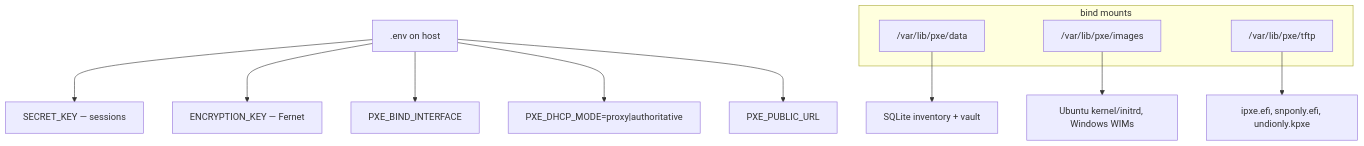
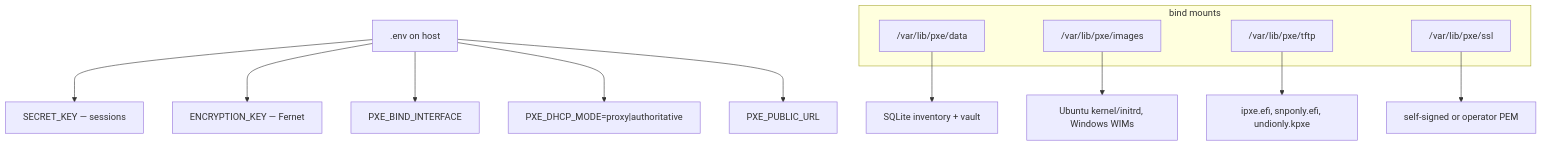
One commit to hometinker12/home-lab-pxe changed the third of 24 diagrams in ARCHITECTURE.md. Above: the diagram before and after it, drawn with Mermaid. The commit also changed other lines of this file and 47 other files, not shown here.

````diff
--- a/ARCHITECTURE.md
+++ b/ARCHITECTURE.md
@@ -69,19 +76,21 @@
 ```mermaid
 flowchart TB
   ENV[".env on host"]
   ENV --> SK["SECRET_KEY — sessions"]
   ENV --> EK["ENCRYPTION_KEY — Fernet"]
   ENV --> IF["PXE_BIND_INTERFACE"]
   ENV --> MODE["PXE_DHCP_MODE=proxy|authoritative"]
   ENV --> URL["PXE_PUBLIC_URL"]
 
   subgraph mounts["bind mounts"]
     V1["/var/lib/pxe/data"]
     V2["/var/lib/pxe/images"]
     V3["/var/lib/pxe/tftp"]
+    V4["/var/lib/pxe/ssl"]
   end
 
   V1 --> DB["SQLite inventory + vault"]
   V2 --> PAY["Ubuntu kernel/initrd, Windows WIMs"]
   V3 --> BIN["ipxe.efi, snponly.efi, undionly.kpxe"]
+  V4 --> TLS["self-signed or operator PEM"]
 ```
````
